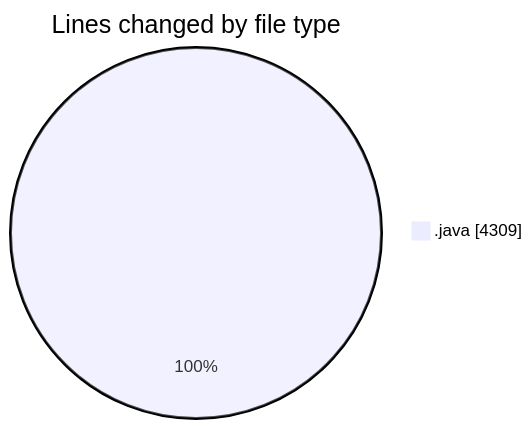
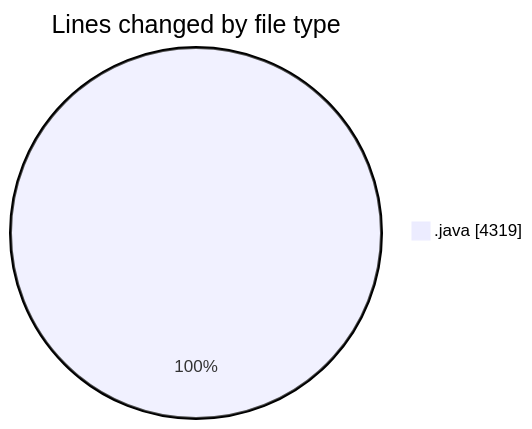
One commit to ricardozamudiocil/code-tracking changed the first of 2 diagrams in 2026-05-20/cilapp/README.md. Above: the diagram before and after it, drawn with Mermaid. The commit also changed other lines of this file and 1 other file, not shown here.

````diff
--- a/2026-05-20/cilapp/README.md
+++ b/2026-05-20/cilapp/README.md
@@ -24,5 +24,5 @@
 ```mermaid
 pie showData
 title Lines changed by file type
-".java" : 4309
+".java" : 4319
 ```
````
